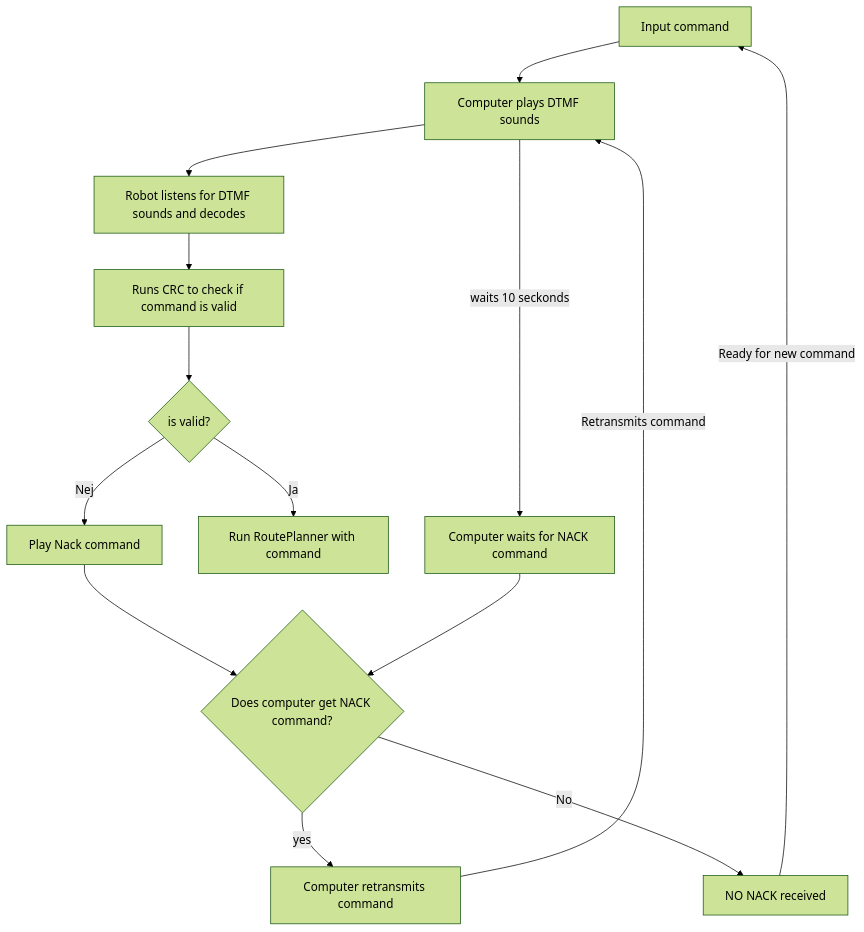
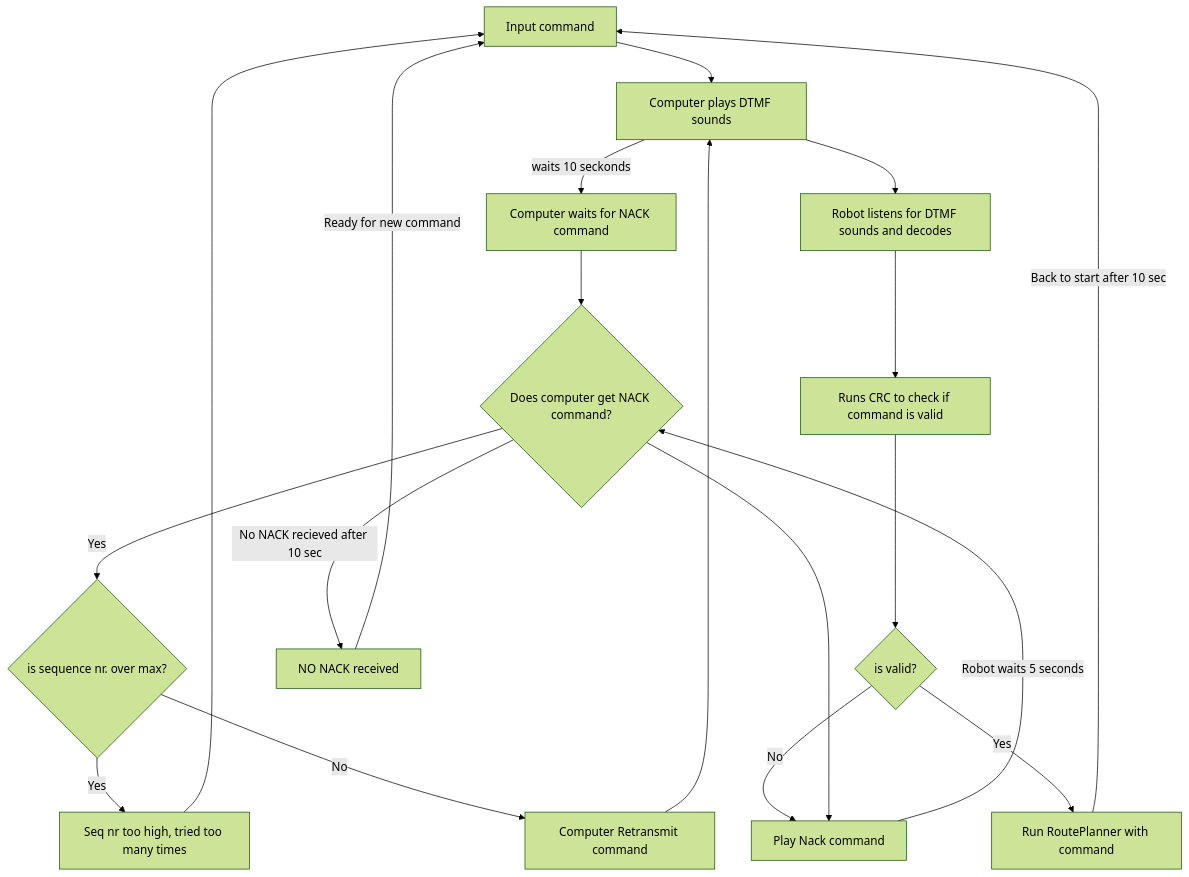
One commit to RasKil02/Semesterproject_3_Mobile_Robot_Systems changed the diagram in ProtocolSpeaker_connection/Flowchart_Protocol.md. Above: the diagram before and after it, drawn with Mermaid (forest theme). The commit also changed 1 other file, not shown here.

Commit message:
Flowcharts Protocol

````diff
--- a/ProtocolSpeaker_connection/Flowchart_Protocol.md
+++ b/ProtocolSpeaker_connection/Flowchart_Protocol.md
@@ -1,16 +1,21 @@
 ```mermaid
 flowchart TD
     A[Input command] --> B[Computer plays DTMF sounds]
     B --> |waits 10 seckonds |C[Computer waits for NACK command]
     B --> D[Robot listens for DTMF sounds and decodes]
     D --> E[Runs CRC to check if command is valid]
     E --> F{is valid?}
-    F -->|Ja| G[Run RoutePlanner with command]
-    F -->|Nej| H[Play Nack command]
-    H --> I{Does computer get NACK command?}
-    C --> I
-    I --> |yes| K[Computer retransmits command]
-    K --> |Retransmits command| B 
+    F -->|Yes| G[Run RoutePlanner with command]
+    G --> |Back to start after 10 sec| A
+    F -->|No| H[Play Nack command]
+    H --> |Robot waits 5 seconds| L{Does computer get NACK command?}
+    C --> L
+    L --> |Yes| K{is sequence nr. over max?}
+    K --> |Yes| N[Seq nr too high, tried too many times]
+    N --> A
+    K --> |No| M[Computer Retransmit command]
+    M --> B
     J --> |Ready for new command| A
-    I --> |No| J[NO NACK received]    
+    L --> H
+    L --> |No NACK recieved after 10 sec| J[NO NACK received]      
 ```
````
